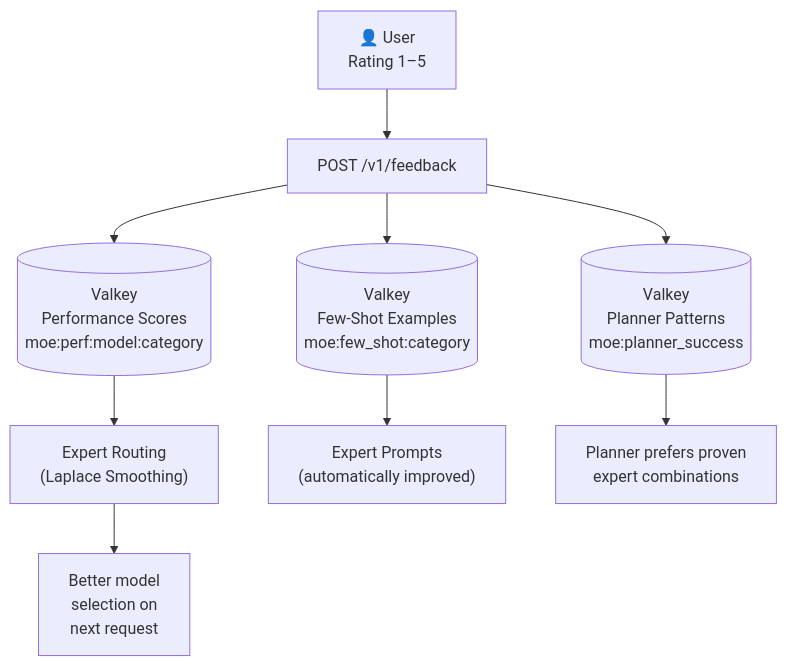
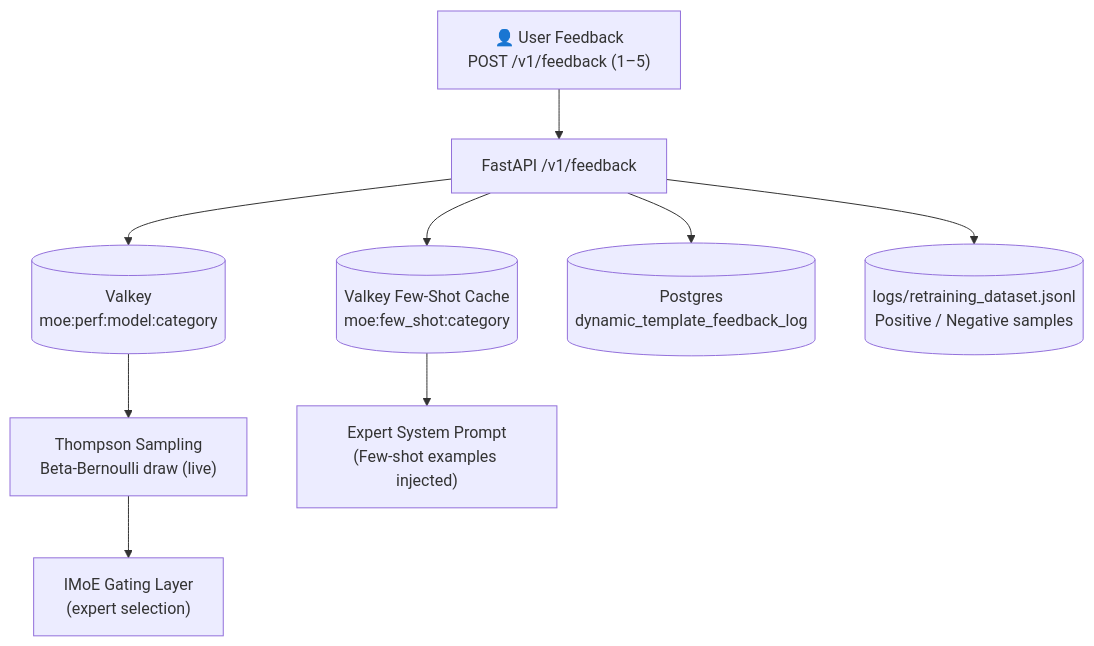
The third of 4 diagrams in docs/system/dataflow.md (h3rb3rn/moe-sovereign), drawn with Mermaid before and after one commit. The commit also changed other lines of this file and 46 other files, not shown here.

````diff
--- a/docs/system/dataflow.md
+++ b/docs/system/dataflow.md
@@ -164,13 +104,14 @@
 ```mermaid
 flowchart TD
-    User["👤 User\nRating 1–5"] --> FeedbackAPI["POST /v1/feedback"]
-    FeedbackAPI --> Valkey[("Valkey\nPerformance Scores\nmoe:perf:model:category")]
-    Valkey --> Routing["Expert Routing\n(Laplace Smoothing)"]
-    Routing --> BetterSelection["Better model\nselection on\nnext request"]
-
-    FeedbackAPI --> FewShotDB[("Valkey\nFew-Shot Examples\nmoe:few_shot:category")]
-    FewShotDB --> ExpertPrompts["Expert Prompts\n(automatically improved)"]
-
-    FeedbackAPI --> PlannerDB[("Valkey\nPlanner Patterns\nmoe:planner_success")]
-    PlannerDB --> PlannerHint["Planner prefers proven\nexpert combinations"]
+    User["👤 User Feedback\nPOST /v1/feedback (1–5)"] --> FeedAPI["FastAPI /v1/feedback"]
+    
+    FeedAPI --> Valkey[("Valkey\nmoe:perf:model:category")]
+    Valkey --> Thompson["Thompson Sampling\nBeta-Bernoulli draw (live)"]
+    Thompson --> IMoE["IMoE Gating Layer\n(expert selection)"]
+    
+    FeedAPI --> FewShot[("Valkey Few-Shot Cache\nmoe:few_shot:category")]
+    FewShot --> ExpertPrompt["Expert System Prompt\n(Few-shot examples injected)"]
+    
+    FeedAPI --> Postgres[("Postgres\ndynamic_template_feedback_log")]
+    FeedAPI --> RetrainDataset[("logs/retraining_dataset.jsonl\nPositive / Negative samples")]
 ```
````
